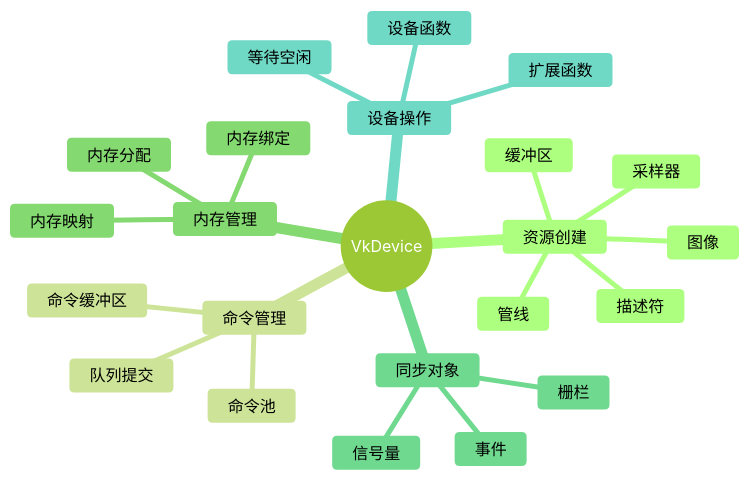
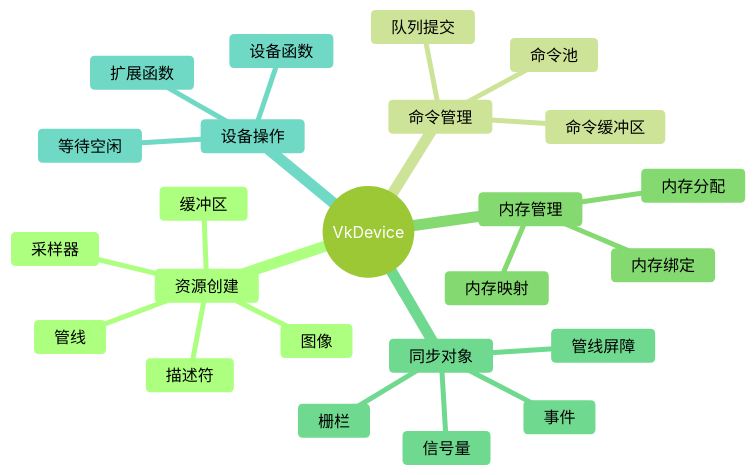
One commit to diandiandevelop/Vulkan changed the second of 20 diagrams in fenxi/详细分析/VkDevice详细分析.md. Above: the diagram before and after it, drawn with Mermaid (forest theme). The commit also changed other lines of this file and 1 other file, not shown here.

````diff
--- a/fenxi/详细分析/VkDevice详细分析.md
+++ b/fenxi/详细分析/VkDevice详细分析.md
@@ -74,26 +74,27 @@
 ```mermaid
 mindmap
   root((VkDevice))
     资源创建
       缓冲区
       图像
       采样器
       管线
       描述符
     命令管理
       命令池
       命令缓冲区
       队列提交
     内存管理
       内存分配
       内存绑定
       内存映射
     同步对象
       信号量
       栅栏
       事件
+      管线屏障
     设备操作
       等待空闲
       设备函数
       扩展函数
 ```
````
